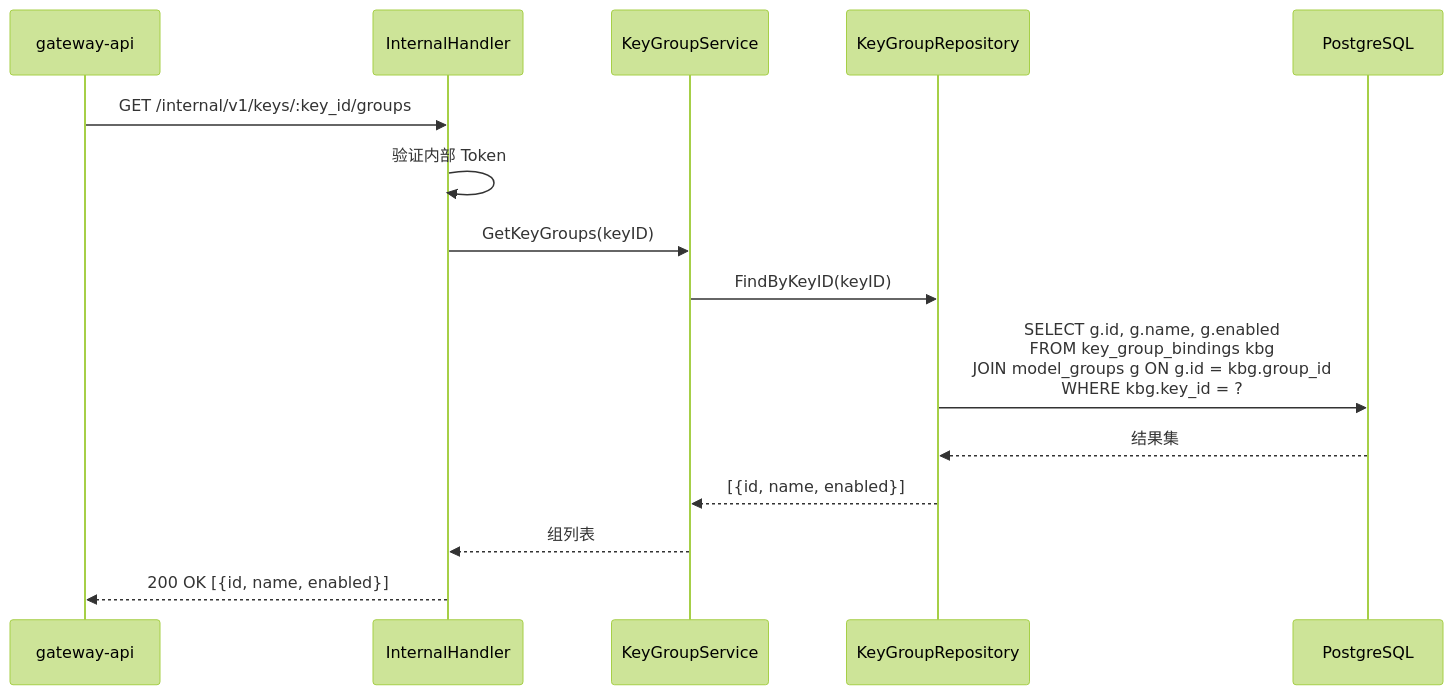
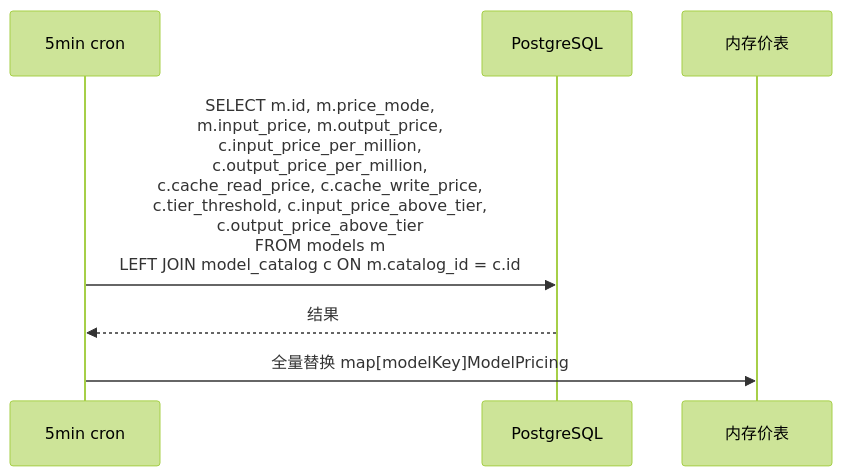
Before and after one commit to achieve-jsy/llm-gateway: the second of 2 diagrams in xspec/changes/control-plane/design.delta.md, drawn with Mermaid (forest theme). The commit also changed other lines of this file and 106 other files, not shown here.

````diff
--- a/xspec/changes/control-plane/design.delta.md
+++ b/xspec/changes/control-plane/design.delta.md
@@ -188,18 +35,10 @@
 ```mermaid
 sequenceDiagram
-    participant GW as gateway-api
-    participant IH as InternalHandler
-    participant KGS as KeyGroupService
-    participant KGR as KeyGroupRepository
+    participant CRON as 5min cron
     participant DB as PostgreSQL
+    participant MEM as 内存价表
 
-    GW->>IH: GET /internal/v1/keys/:key_id/groups
-    IH->>IH: 验证内部 Token
-    IH->>KGS: GetKeyGroups(keyID)
-    KGS->>KGR: FindByKeyID(keyID)
-    KGR->>DB: SELECT g.id, g.name, g.enabled<br/>FROM key_group_bindings kbg<br/>JOIN model_groups g ON g.id = kbg.group_id<br/>WHERE kbg.key_id = ?
-    DB-->>KGR: 结果集
-    KGR-->>KGS: [{id, name, enabled}]
-    KGS-->>IH: 组列表
-    IH-->>GW: 200 OK [{id, name, enabled}]
+    CRON->>DB: SELECT m.id, m.price_mode,<br/>m.input_price, m.output_price,<br/>c.input_price_per_million,<br/>c.output_price_per_million,<br/>c.cache_read_price, c.cache_write_price,<br/>c.tier_threshold, c.input_price_above_tier,<br/>c.output_price_above_tier<br/>FROM models m<br/>LEFT JOIN model_catalog c ON m.catalog_id = c.id
+    DB-->>CRON: 结果
+    CRON->>MEM: 全量替换 map[modelKey]ModelPricing
 ```
````
